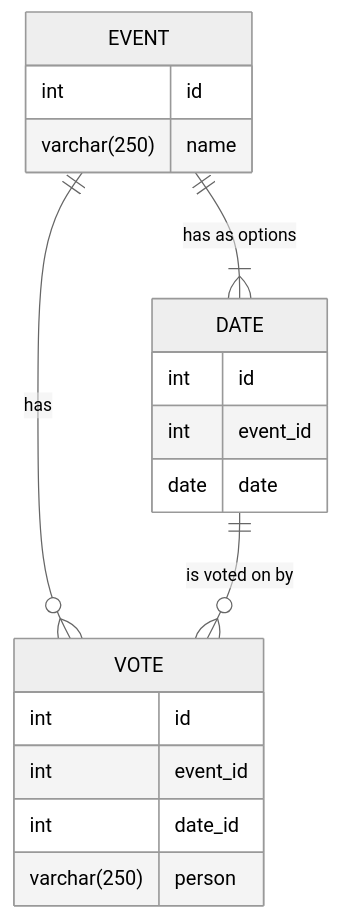
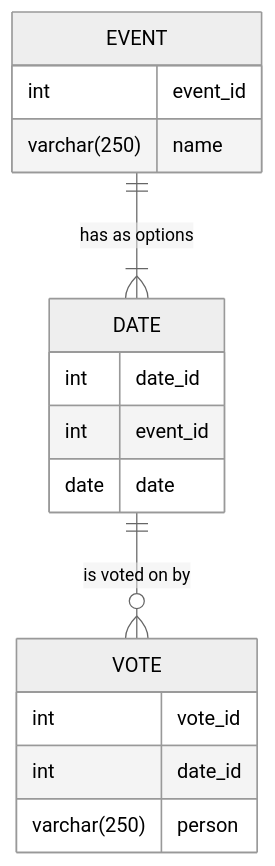
Before and after one commit to heitzuli/EventShuffle: the diagram in README.md, drawn with Mermaid (neutral theme). The commit also changed 1 other file, not shown here.

Commit message:
fix: improve data model

````diff
--- a/README.md
+++ b/README.md
@@ -10,21 +10,19 @@
 ```mermaid
 erDiagram
     EVENT ||--|{ DATE : "has as options"
-    EVENT ||--o{ VOTE : "has"
     EVENT {
-        int id
+        int event_id
         varchar(250) name
     }
     DATE ||--o{ VOTE : "is voted on by"
     DATE {
-        int id
+        int date_id
         int event_id
         date date
     }
     VOTE {
-        int id
-        int event_id
+        int vote_id
         int date_id
         varchar(250) person
     }
 ```
````
